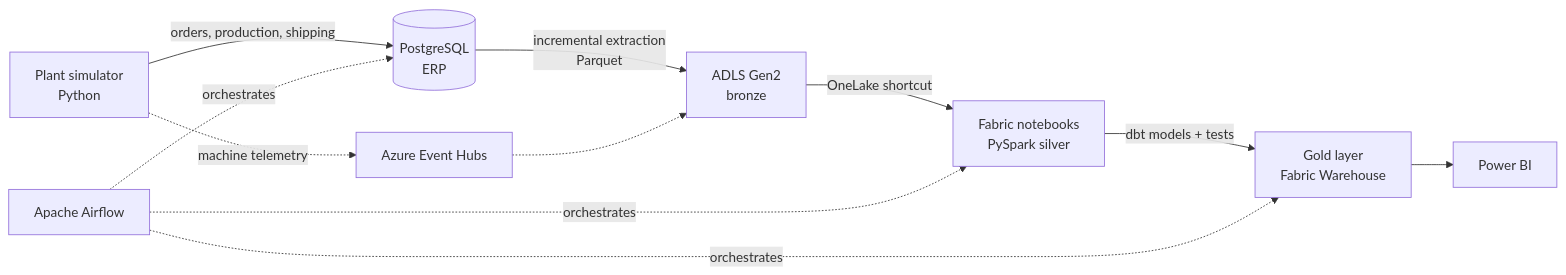
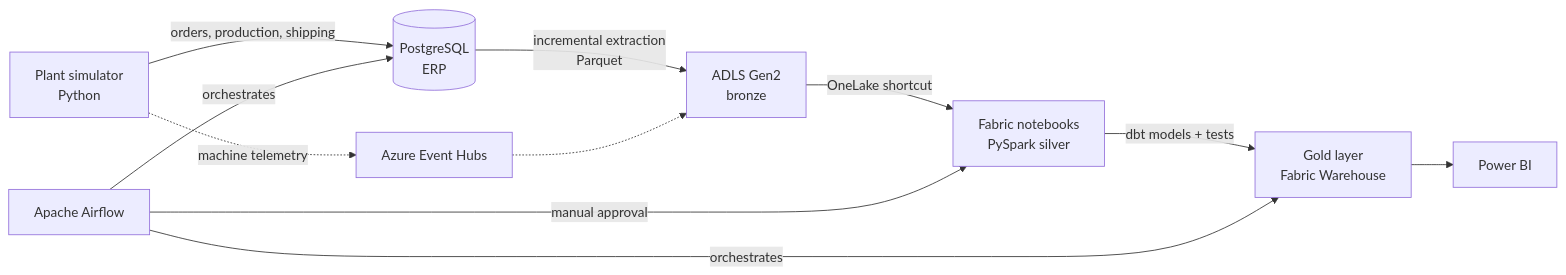
One commit to lucasnunesf/industrial-data-platform changed the diagram in README.md. Above: the diagram before and after it, drawn with Mermaid. The commit also changed other lines of this file and 5 other files, not shown here.

Commit message:
feat: add local Airflow DAG with a manual gate for silver

````diff
--- a/README.md
+++ b/README.md
@@ -50,13 +50,13 @@
 ```mermaid
 flowchart LR
     A[Plant simulator<br/>Python] -->|orders, production, shipping| P[(PostgreSQL<br/>ERP)]
     P -->|incremental extraction<br/>Parquet| C[ADLS Gen2<br/>bronze]
     C -->|OneLake shortcut| E[Fabric notebooks<br/>PySpark silver]
     E -->|dbt models + tests| F[Gold layer<br/>Fabric Warehouse]
     F --> G[Power BI]
     A -.machine telemetry.-> B[Azure Event Hubs]
     B -.-> C
-    H[Apache Airflow] -.orchestrates.-> P
-    H -.orchestrates.-> E
-    H -.orchestrates.-> F
+    H[Apache Airflow] -->|orchestrates| P
+    H -->|manual approval| E
+    H -->|orchestrates| F
 ```
````
